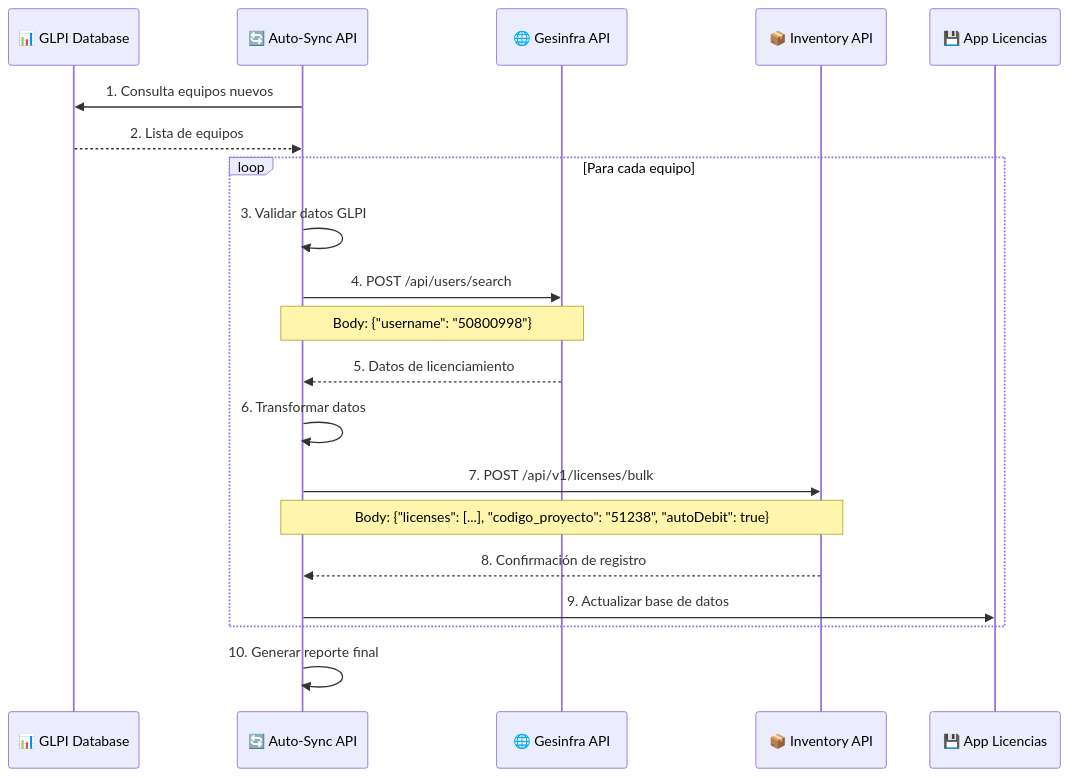
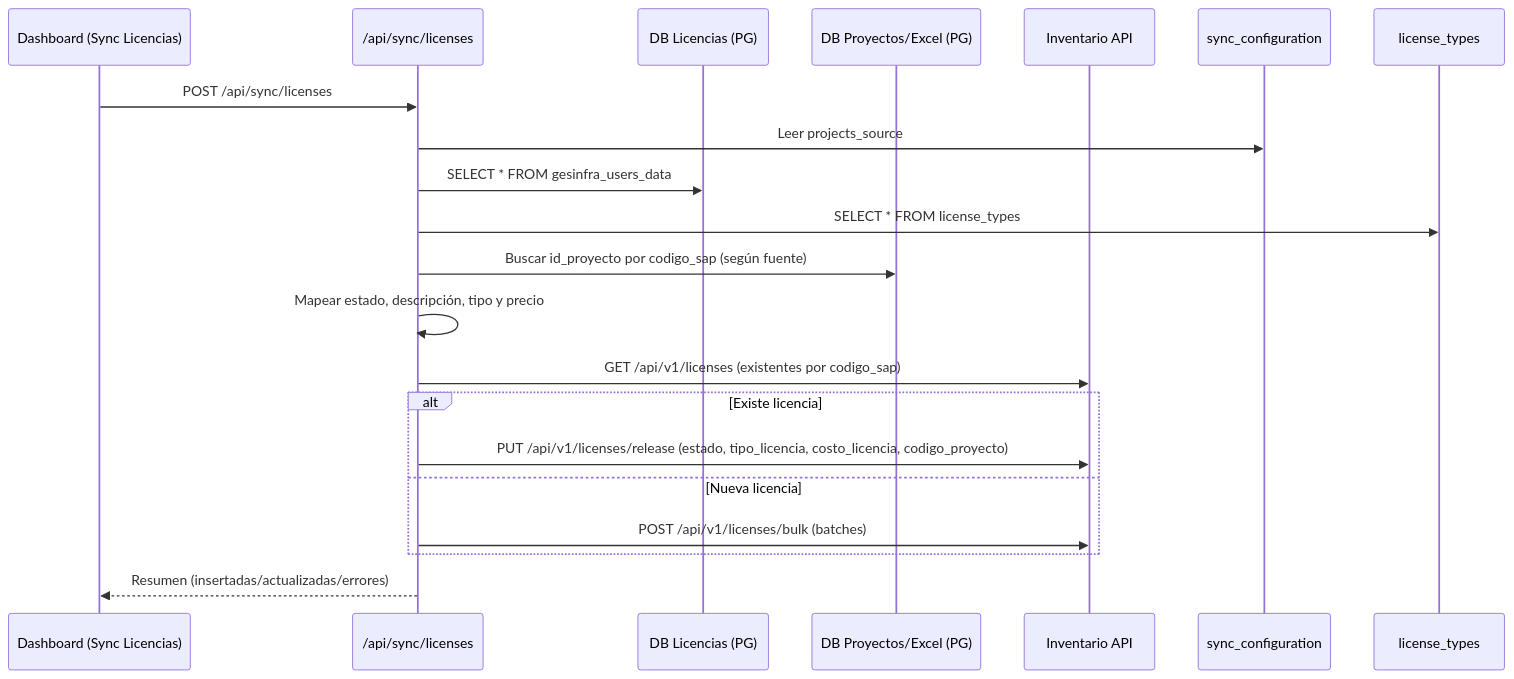
The second of 8 diagrams in README.md (zipdatape/RC3F03), drawn with Mermaid before and after one commit. The commit also changed other lines of this file, not shown here.

````diff
--- a/README.md
+++ b/README.md
@@ -109,27 +54,24 @@
 ```mermaid
 sequenceDiagram
-    participant GLPI as 📊 GLPI Database
-    participant API as 🔄 Auto-Sync API
-    participant Gesinfra as 🌐 Gesinfra API
-    participant Inventory as 📦 Inventory API
-    participant App as 💾 App Licencias
-    
-    API->>GLPI: 1. Consulta equipos nuevos
-    GLPI-->>API: 2. Lista de equipos
-    
-    loop Para cada equipo
-        API->>API: 3. Validar datos GLPI
-        API->>Gesinfra: 4. POST /api/users/search
-        Note over API,Gesinfra: Body: {"username": "50800998"}
-        Gesinfra-->>API: 5. Datos de licenciamiento
-        
-        API->>API: 6. Transformar datos
-        API->>Inventory: 7. POST /api/v1/licenses/bulk
-        Note over API,Inventory: Body: {"licenses": [...], "codigo_proyecto": "51238", "autoDebit": true}
-        Inventory-->>API: 8. Confirmación de registro
-        
-        API->>App: 9. Actualizar base de datos
-    end
-    
-    API->>API: 10. Generar reporte final
+  participant UI as Dashboard (Sync Licencias)
+  participant API as /api/sync/licenses
+  participant LIC as DB Licencias (PG)
+  participant PROJ as DB Proyectos/Excel (PG)
+  participant INV as Inventario API
+  participant CFG as sync_configuration
+  participant TYPES as license_types
+
+  UI->>API: POST /api/sync/licenses
+  API->>CFG: Leer projects_source
+  API->>LIC: SELECT * FROM gesinfra_users_data
+  API->>TYPES: SELECT * FROM license_types
+  API->>PROJ: Buscar id_proyecto por codigo_sap (según fuente)
+  API->>API: Mapear estado, descripción, tipo y precio
+  API->>INV: GET /api/v1/licenses (existentes por codigo_sap)
+  alt Existe licencia
+    API->>INV: PUT /api/v1/licenses/release (estado, tipo_licencia, costo_licencia, codigo_proyecto)
+  else Nueva licencia
+    API->>INV: POST /api/v1/licenses/bulk (batches)
+  end
+  API-->>UI: Resumen (insertadas/actualizadas/errores)
 ```
````
